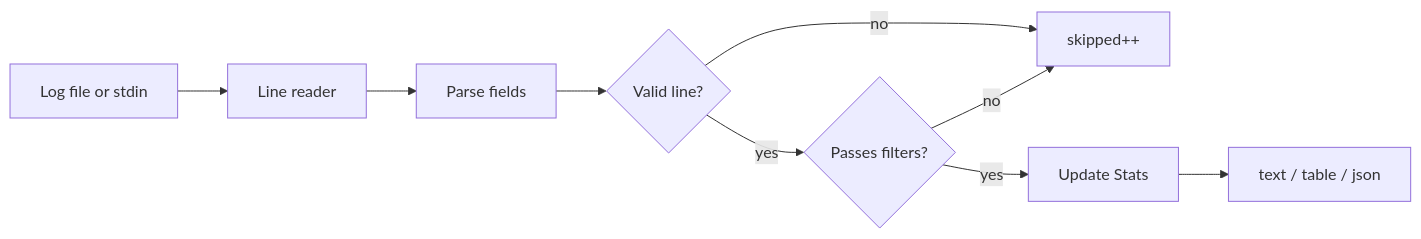
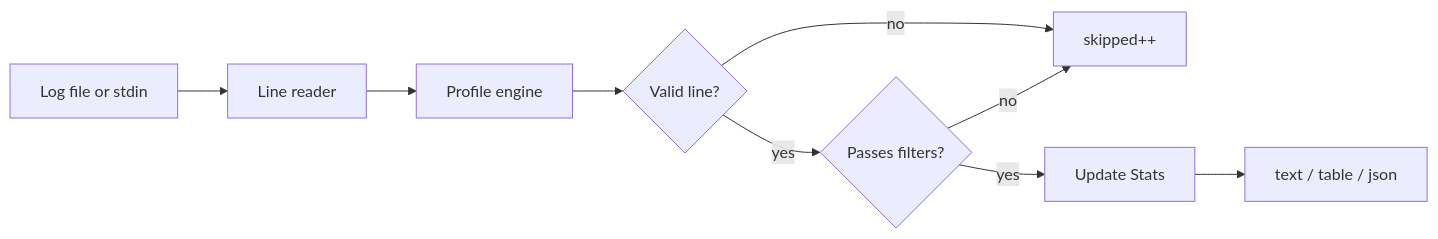
Before and after one commit to Scharxi/log-analyzer: the diagram in README.md, drawn with Mermaid. The commit also changed other lines of this file, not shown here.

````diff
--- a/README.md
+++ b/README.md
@@ -286,11 +428,11 @@
 ```mermaid
 flowchart LR
   A[Log file or stdin] --> B[Line reader]
-  B --> C[Parse fields]
+  B --> C[Profile engine]
   C --> D{Valid line?}
   D -->|no| E[skipped++]
   D -->|yes| F{Passes filters?}
   F -->|no| E
   F -->|yes| G[Update Stats]
   G --> H[text / table / json]
 ```
````
